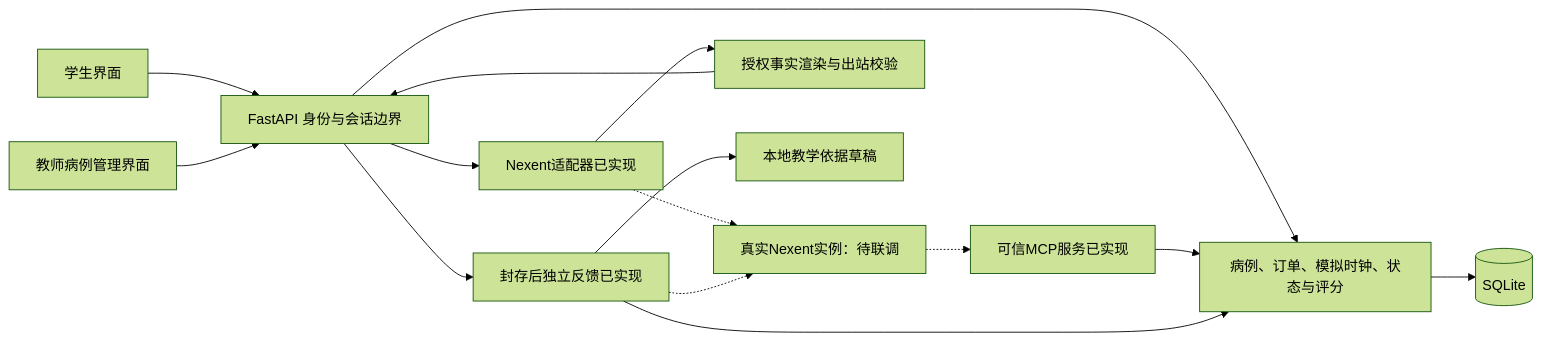
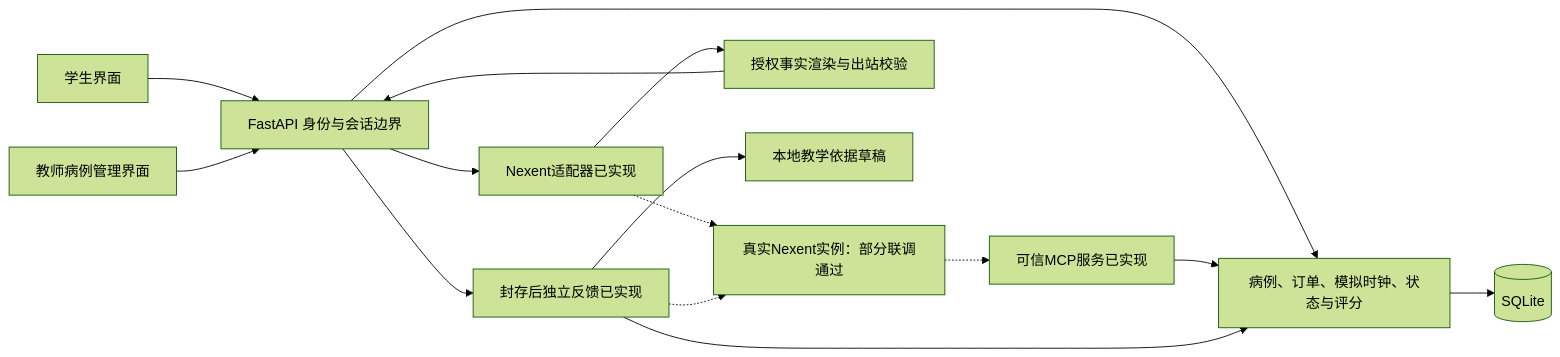
One commit to kechanghao666/ai-digital-patient-clinical-reasoning-training changed the diagram in docs/technical-plan.md. Above: the diagram before and after it, drawn with Mermaid (forest theme). The commit also changed other lines of this file and 17 other files, not shown here.

````diff
--- a/docs/technical-plan.md
+++ b/docs/technical-plan.md
@@ -11,17 +11,17 @@
 ```mermaid
 flowchart LR
   Student[学生界面] --> API[FastAPI 身份与会话边界]
   Teacher[教师病例管理界面] --> API
   API --> Core[病例、订单、模拟时钟、状态与评分]
   Core --> DB[(SQLite)]
   API --> Adapter[Nexent适配器已实现]
-  Adapter -.-> Nexent[真实Nexent实例：待联调]
+  Adapter -.-> Nexent[真实Nexent实例：部分联调通过]
   Nexent -.-> MCP[可信MCP服务已实现]
   MCP --> Core
   Adapter --> Gate[授权事实渲染与出站校验]
   Gate --> API
   API --> Feedback[封存后独立反馈已实现]
   Feedback --> Knowledge[本地教学依据草稿]
   Feedback -.-> Nexent
   Feedback --> Core
 ```
````
